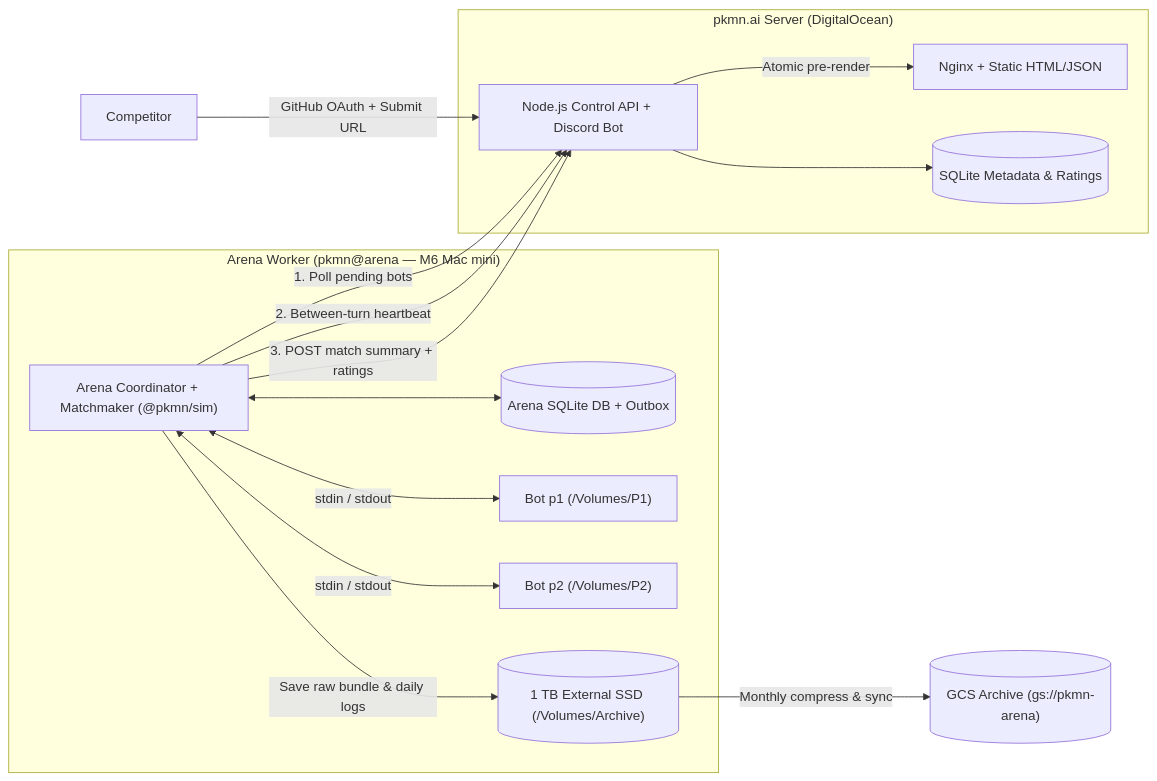
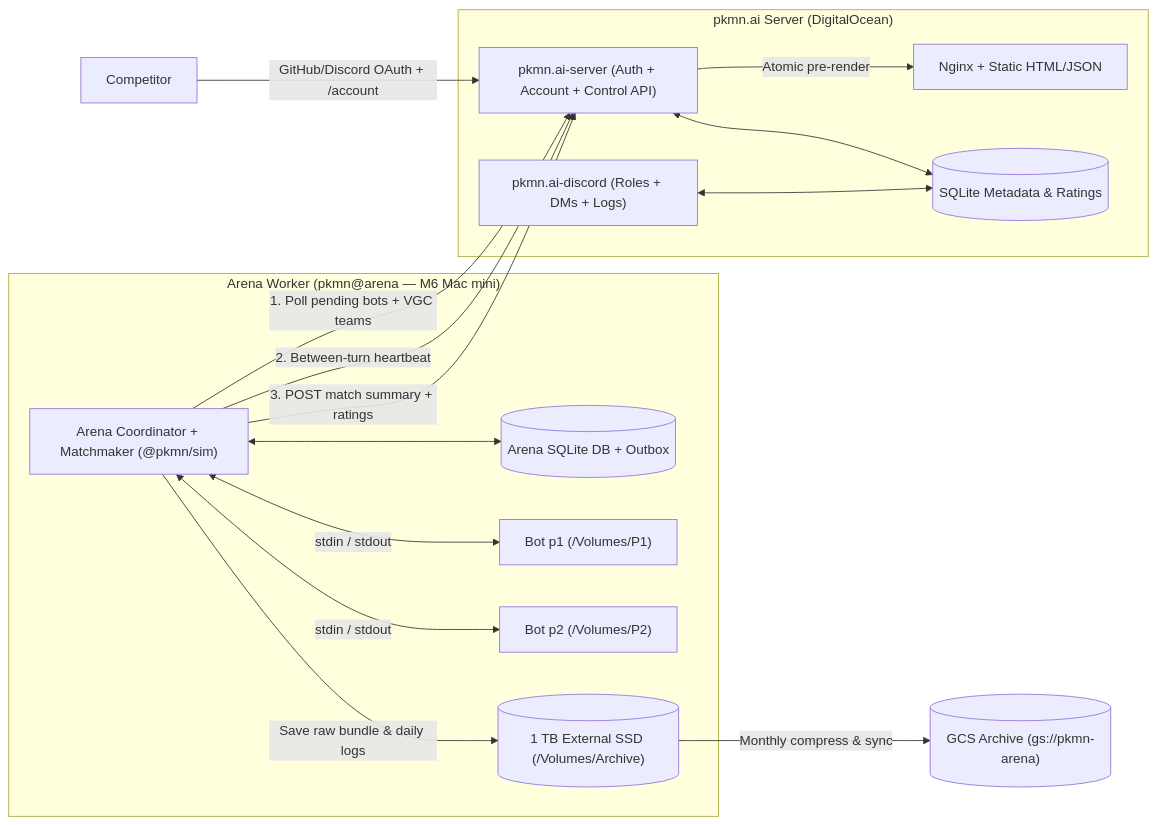
The first of 3 diagrams in IMPLEMENTATION.md (pkmn/ai), drawn with Mermaid before and after one commit. The commit also changed other lines of this file, not shown here.

````diff
--- a/IMPLEMENTATION.md
+++ b/IMPLEMENTATION.md
@@ -34,30 +34,32 @@
 ```mermaid
 flowchart LR
     subgraph DO["pkmn.ai Server (DigitalOcean)"]
         Nginx["Nginx + Static HTML/JSON"]
-        API["Node.js Control API + Discord Bot"]
+        API["pkmn.ai-server (Auth + Account + Control API)"]
+        Disc["pkmn.ai-discord (Roles + DMs + Logs)"]
         DB[("SQLite Metadata & Ratings")]
     end
 
     subgraph Mac["Arena Worker (pkmn@arena — M6 Mac mini)"]
         Loop["Arena Coordinator + Matchmaker (@pkmn/sim)"]
         ArenaDB[("Arena SQLite DB + Outbox")]
         P1["Bot p1 (/Volumes/P1)"]
         P2["Bot p2 (/Volumes/P2)"]
         Archive[("1 TB External SSD (/Volumes/Archive)")]
     end
 
     GCS[("GCS Archive (gs://pkmn-arena)")]
 
-    Dev["Competitor"] -->|"GitHub OAuth + Submit URL"| API
-    API --> DB
+    Dev["Competitor"] -->|"GitHub/Discord OAuth + /account"| API
+    API <--> DB
+    Disc <--> DB
     API -->|"Atomic pre-render"| Nginx
-    Loop -->|"1. Poll pending bots"| API
+    Loop -->|"1. Poll pending bots + VGC teams"| API
     Loop <--> ArenaDB
     Loop <-->|"stdin / stdout"| P1
     Loop <-->|"stdin / stdout"| P2
     Loop -->|"2. Between-turn heartbeat"| API
     Loop -->|"3. POST match summary + ratings"| API
     Loop -->|"Save raw bundle & daily logs"| Archive
     Archive -->|"Monthly compress & sync"| GCS
 ```
````
